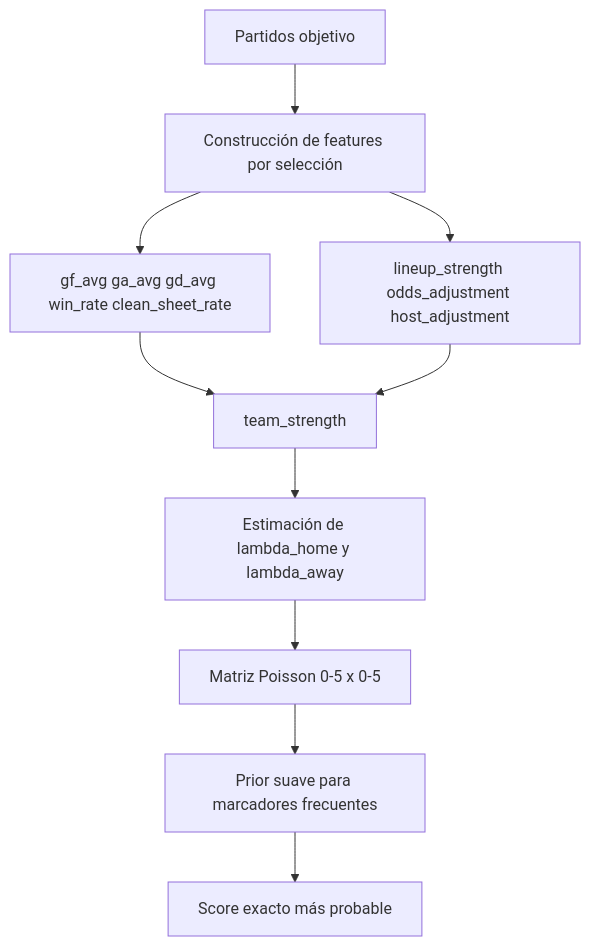
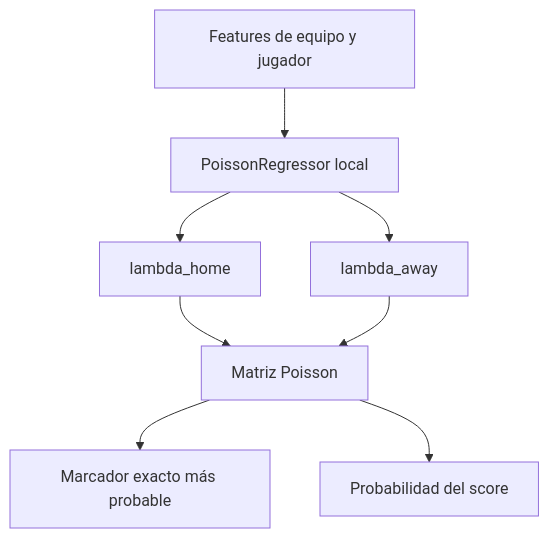
One commit to GtzRicky/pronosticador-mundial-2026 changed the third of 3 diagrams in README.md. Above: the diagram before and after it, drawn with Mermaid. The commit also changed other lines of this file and 17 other files, not shown here.

````diff
--- a/README.md
+++ b/README.md
@@ -48,12 +194,10 @@
 ```mermaid
 flowchart TD
-    A[Partidos objetivo] --> B[Construcción de features por selección]
-    B --> C[gf_avg ga_avg gd_avg win_rate clean_sheet_rate]
-    B --> D[lineup_strength odds_adjustment host_adjustment]
-    C --> E[team_strength]
+    A[Features de equipo y jugador] --> B[PoissonRegressor local]
+    B --> C[lambda_home]
+    B --> D[lambda_away]
+    C --> E[Matriz Poisson]
     D --> E
-    E --> F[Estimación de lambda_home y lambda_away]
-    F --> G[Matriz Poisson 0-5 x 0-5]
-    G --> H[Prior suave para marcadores frecuentes]
-    H --> I[Score exacto más probable]
+    E --> F[Marcador exacto más probable]
+    E --> G[Probabilidad del score]
 ```
````
